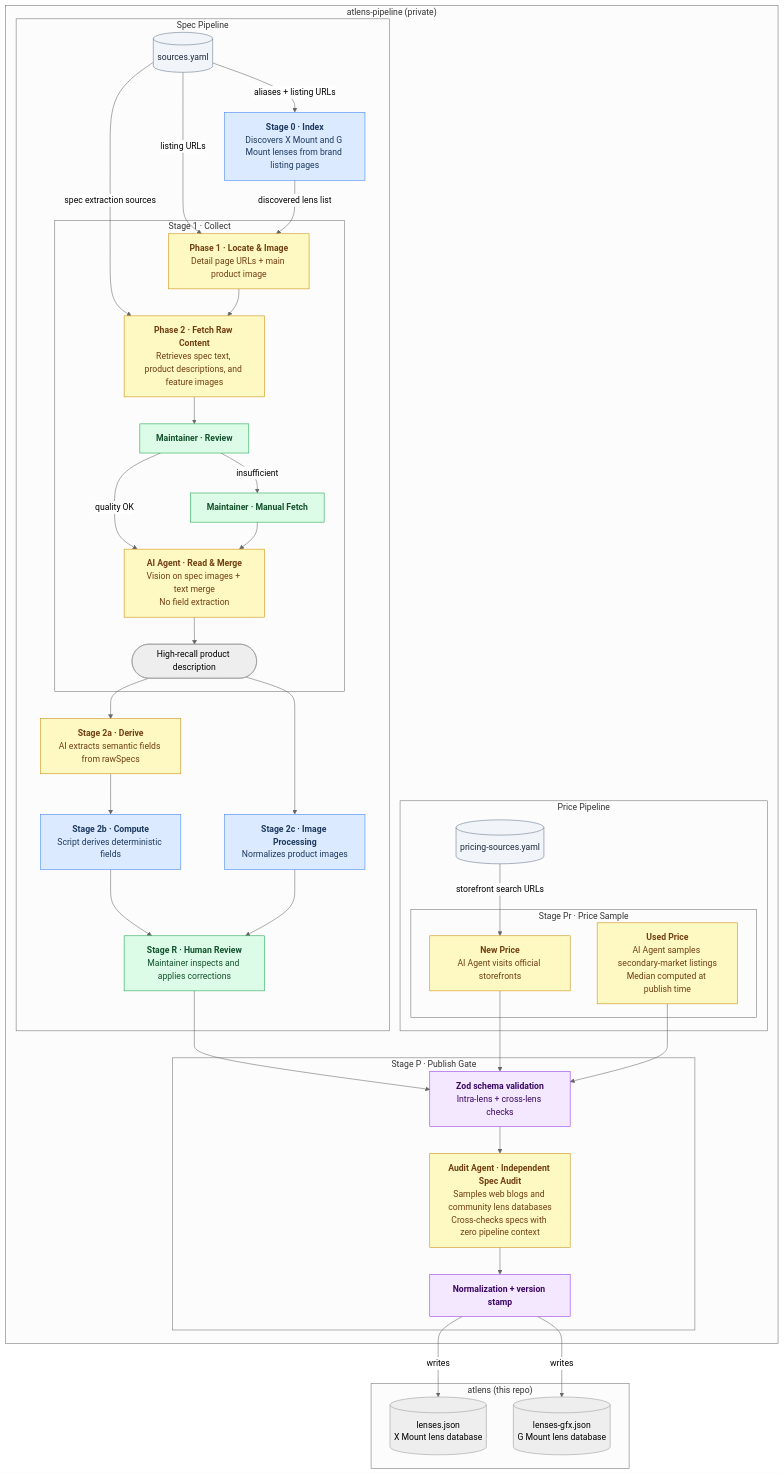
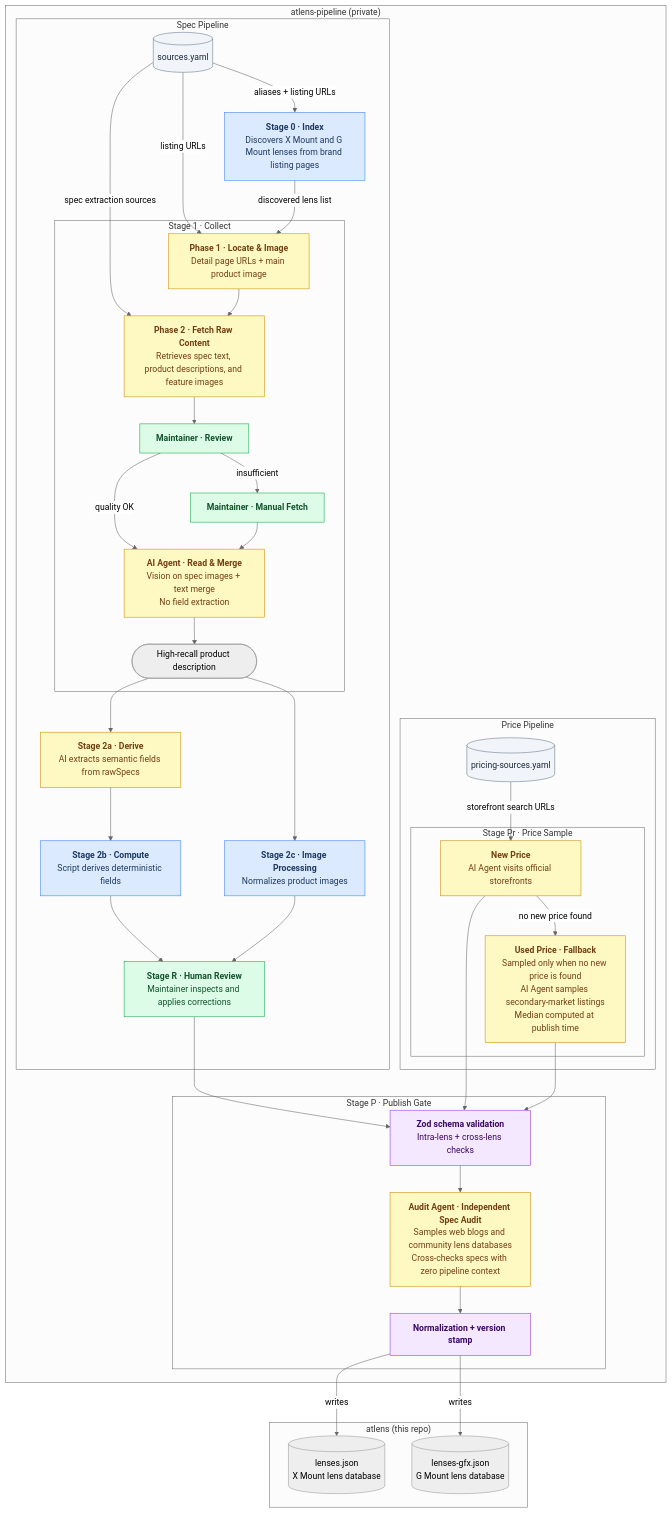
The diagram in README.md (sentacraft/atlens), drawn with Mermaid (neutral theme) before and after one commit.

Commit message:
docs(readme): fix pipeline diagram — used price is a fallback, not parallel (#364)

````diff
--- a/README.md
+++ b/README.md
@@ -61,78 +61,78 @@
 ```mermaid
 flowchart TD
   subgraph pipeline["atlens-pipeline (private)"]
 
     subgraph spec["Spec Pipeline"]
       SOURCES[("sources.yaml")]
 
       S0["<b>Stage 0 · Index</b><br/>Discovers X Mount and G Mount lenses from brand listing pages"]
 
       subgraph s1["Stage 1 · Collect"]
         S1p1["<b>Phase 1 · Locate & Image</b><br/>Detail page URLs + main product image"]
         S1p2["<b>Phase 2 · Fetch Raw Content</b><br/>Retrieves spec text, product descriptions, and feature images"]
         S1r["<b>Maintainer · Review</b>"]
         S1h["<b>Maintainer · Manual Fetch</b>"]
         S1b["<b>AI Agent · Read & Merge</b><br/>Vision on spec images + text merge<br/>No field extraction"]
         S1out(["High-recall product description"])
       end
 
       S2a["<b>Stage 2a · Derive</b><br/>AI extracts semantic fields from rawSpecs"]
       S2b["<b>Stage 2b · Compute</b><br/>Script derives deterministic fields"]
       S2c["<b>Stage 2c · Image Processing</b><br/>Normalizes product images"]
       SR["<b>Stage R · Human Review</b><br/>Maintainer inspects and applies corrections"]
     end
 
     subgraph price["Price Pipeline"]
       PRICING_SOURCES[("pricing-sources.yaml")]
 
       subgraph spr["Stage Pr · Price Sample"]
         SPrNew["<b>New Price</b><br/>AI Agent visits official storefronts"]
-        SPrUsed["<b>Used Price</b><br/>AI Agent samples secondary-market listings<br/>Median computed at publish time"]
+        SPrUsed["<b>Used Price · Fallback</b><br/>Sampled only when no new price is found<br/>AI Agent samples secondary-market listings<br/>Median computed at publish time"]
       end
     end
 
     subgraph sp["Stage P · Publish Gate"]
       SP1["<b>Zod schema validation</b><br/>Intra-lens + cross-lens checks"]
       SP_AUDIT["<b>Audit Agent · Independent Spec Audit</b><br/>Samples web blogs and community lens databases<br/>Cross-checks specs with zero pipeline context"]
       SP2["<b>Normalization + version stamp</b>"]
     end
   end
 
   SOURCES -->|"aliases + listing URLs"| S0
   SOURCES -->|"listing URLs"| S1p1
   SOURCES -->|"spec extraction sources"| S1p2
   S0 -->|"discovered lens list"| S1p1
   S1p1 --> S1p2
   S1p2 --> S1r
   S1r -->|"quality OK"| S1b
   S1r -->|"insufficient"| S1h
   S1h --> S1b
   S1b --> S1out
   S1out --> S2a & S2c
   S2a --> S2b
   S2b & S2c --> SR
   SR --> SP1
   PRICING_SOURCES -->|"storefront search URLs"| SPrNew
-  SPrUsed
+  SPrNew -->|"no new price found"| SPrUsed
   SPrNew & SPrUsed --> SP1
   SP1 --> SP_AUDIT
   SP_AUDIT --> SP2
   subgraph xglass["atlens (this repo)"]
     DBX[("lenses.json<br/>X Mount lens database")]
     DBG[("lenses-gfx.json<br/>G Mount lens database")]
   end
   SP2 -->|"writes"| DBX
   SP2 -->|"writes"| DBG
 
   classDef script fill:#dbeafe,stroke:#3b82f6,color:#1e3a5f
   classDef agent fill:#fef9c3,stroke:#ca8a04,color:#713f12
   classDef human fill:#dcfce7,stroke:#16a34a,color:#14532d
   classDef gate fill:#f3e8ff,stroke:#9333ea,color:#3b0764
   classDef config fill:#f1f5f9,stroke:#64748b,color:#1e293b
 
   class S0,S2b,S2c script
   class S1p1,S1p2,S1b,S2a,SPrNew,SPrUsed,SP_AUDIT agent
   class S1r,S1h,SR human
   class SP1,SP2 gate
   class SOURCES,PRICING_SOURCES config
 ```
````
